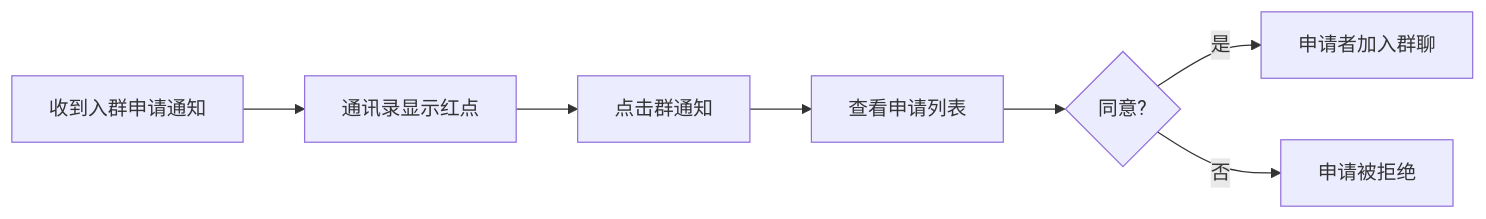
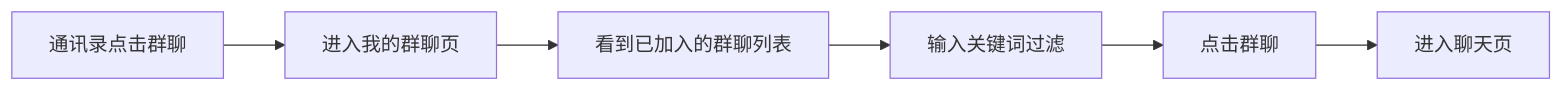
Before and after one commit to toly1994328/flash_im_by_ai: the third of 7 diagrams in docs/features/im/group/v0.0.1/analysis.md, drawn with Mermaid. The commit also changed other lines of this file and 84 other files, not shown here.

````diff
--- a/docs/features/im/group/v0.0.1/analysis.md
+++ b/docs/features/im/group/v0.0.1/analysis.md
@@ -84,9 +51,8 @@
 ```mermaid
 flowchart LR
-    A[收到入群申请通知] --> B[通讯录显示红点]
-    B --> C[点击群通知]
-    C --> D[查看申请列表]
-    D --> E{同意?}
-    E -->|是| F[申请者加入群聊]
-    E -->|否| G[申请被拒绝]
+    A[通讯录点击群聊] --> B[进入我的群聊页]
+    B --> C[看到已加入的群聊列表]
+    C --> D[输入关键词过滤]
+    D --> E[点击群聊]
+    E --> F[进入聊天页]
 ```
````
